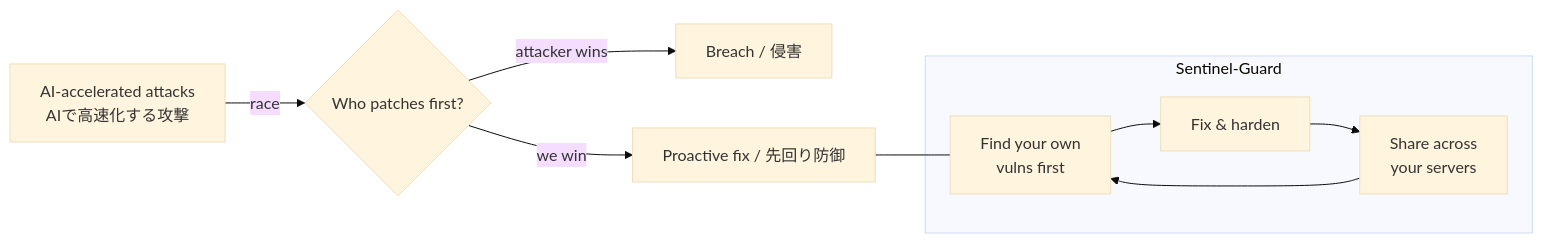
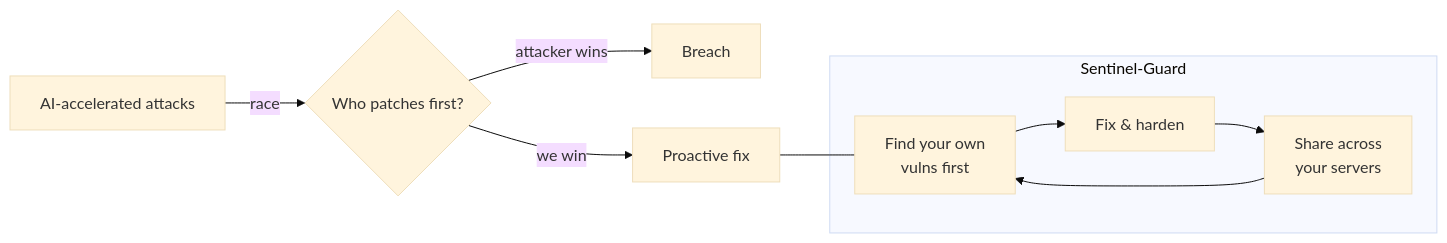
One commit to Hirasawakazumaz/BOGYO changed the first of 6 diagrams in docs/WHITEPAPER.md. Above: the diagram before and after it, drawn with Mermaid (base theme). The commit also changed other lines of this file and 14 other files, not shown here.

````diff
--- a/docs/WHITEPAPER.md
+++ b/docs/WHITEPAPER.md
@@ -29,12 +25,12 @@
 ```mermaid
 flowchart LR
-    A[AI-accelerated attacks<br/>AIで高速化する攻撃] -->|race| D{Who patches first?}
-    D -->|attacker wins| X[Breach / 侵害]
-    D -->|we win| W[Proactive fix / 先回り防御]
+    A[AI-accelerated attacks] -->|race| D{Who patches first?}
+    D -->|attacker wins| X[Breach]
+    D -->|we win| W[Proactive fix]
     subgraph Sentinel-Guard
       S1[Find your own<br/>vulns first] --> S2[Fix & harden]
       S2 --> S3[Share across<br/>your servers]
       S3 --> S1
     end
     W --- S1
 ```
````
